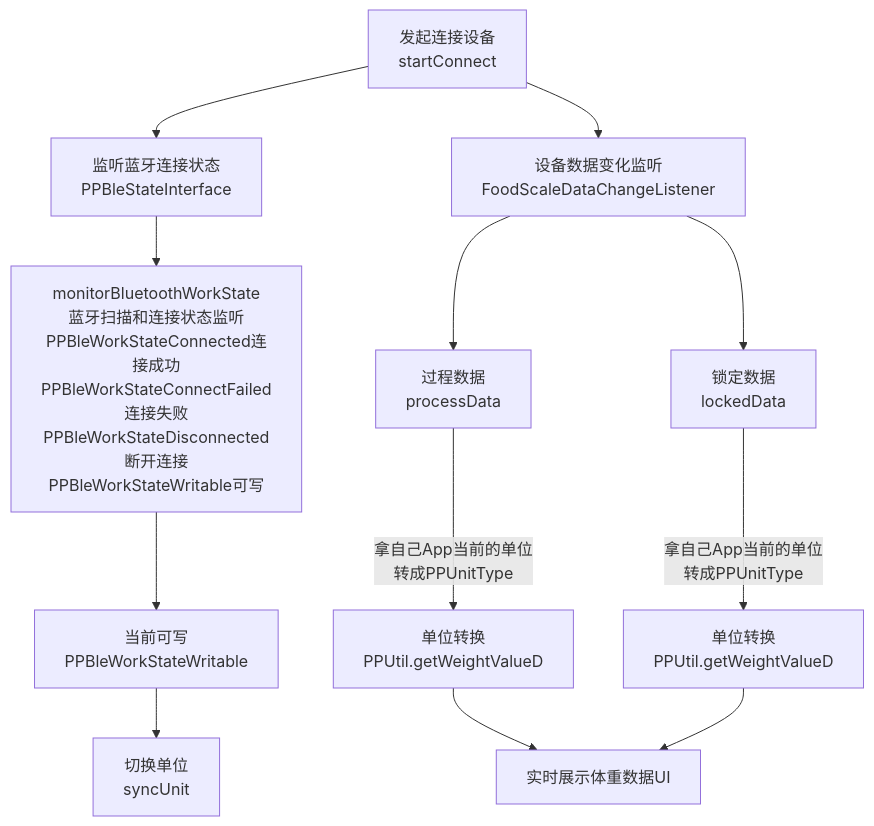
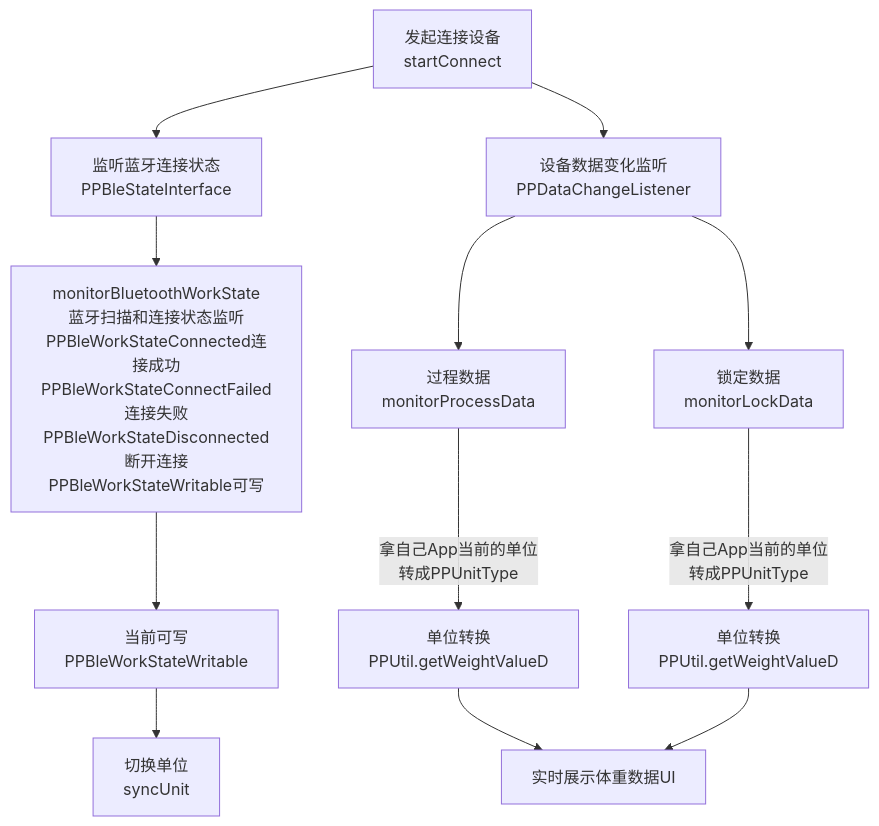
One commit to LefuHengqi/BluetoothKit-AndroidDemo changed the tenth of 21 diagrams in README.md. Above: the diagram before and after it, drawn with Mermaid. The commit also changed other lines of this file, not shown here.

````diff
--- a/README.md
+++ b/README.md
@@ -503,12 +516,12 @@
 ```mermaid 
 graph TD 
 A[发起连接设备<br>startConnect]-->B[监听蓝牙连接状态<br>PPBleStateInterface]  
 B-->B1[monitorBluetoothWorkState<br>蓝牙扫描和连接状态监听<br>PPBleWorkStateConnected连接成功<br>PPBleWorkStateConnectFailed连接失败<br>PPBleWorkStateDisconnected断开连接<br>PPBleWorkStateWritable可写]  
 B1-->C2[当前可写<br>PPBleWorkStateWritable] --> D[切换单位<br>syncUnit]  
 
-A-->F[设备数据变化监听<br>FoodScaleDataChangeListener]  
-F-->G1[过程数据<br>processData]  
-F-->G2[锁定数据<br>lockedData]  
+A-->F[设备数据变化监听<br>PPDataChangeListener]  
+F[设备数据变化监听<br>PPDataChangeListener]-->G1[过程数据<br>monitorProcessData]  
+F[设备数据变化监听<br>PPDataChangeListener]-->G2[锁定数据<br>monitorLockData]  
 G1--拿自己App当前的单位<br>转成PPUnitType-->H1[单位转换<br>PPUtil.getWeightValueD]-->I1[实时展示体重数据UI]  
 G2--拿自己App当前的单位<br>转成PPUnitType-->H2[单位转换<br>PPUtil.getWeightValueD]-->I1[实时展示体重数据UI]
-```
+```  
````
